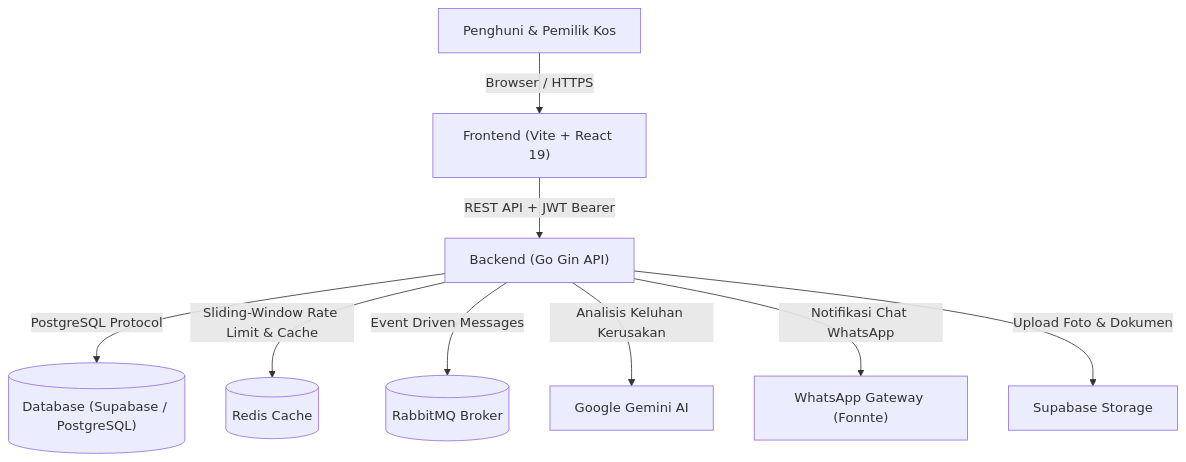
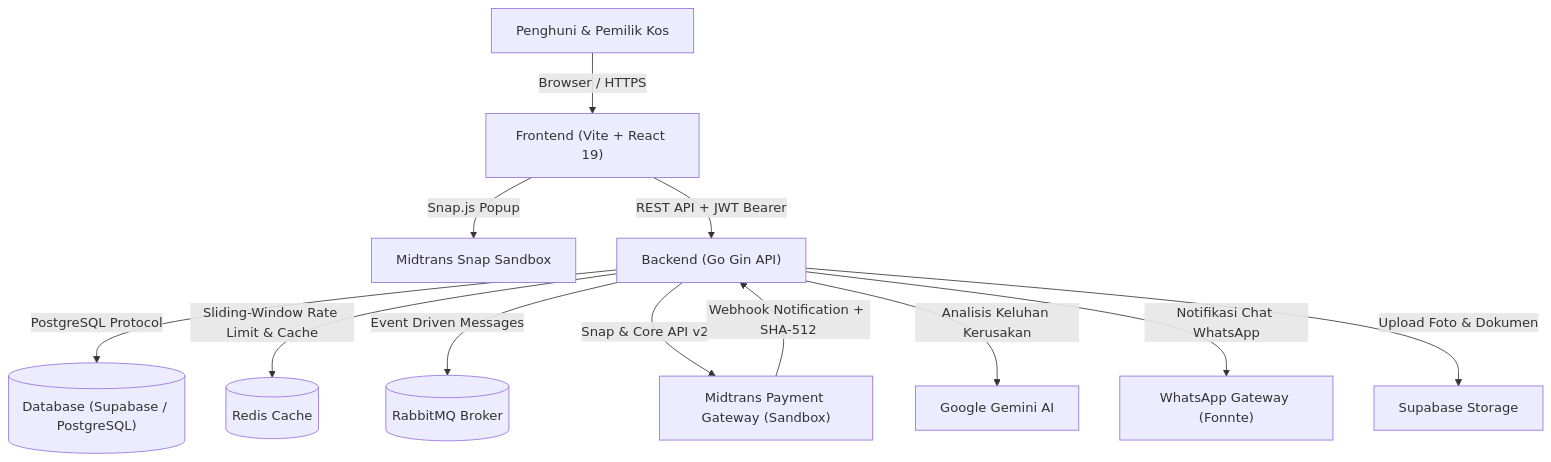
The diagram in README.md (Yosua13/lapor-kos), drawn with Mermaid before and after one commit. The commit also changed other lines of this file and 2 other files, not shown here.

Commit message:
docs(readme): document Midtrans Sandbox payment gateway integration and configuration

````diff
--- a/README.md
+++ b/README.md
@@ -32,11 +32,14 @@
 ```mermaid
 graph TD
     User["Penghuni & Pemilik Kos"] -->|Browser / HTTPS| FE["Frontend (Vite + React 19)"]
+    FE -->|Snap.js Popup| MidtransSnap["Midtrans Snap Sandbox"]
     FE -->|REST API + JWT Bearer| BE["Backend (Go Gin API)"]
     BE -->|PostgreSQL Protocol| DB[("Database (Supabase / PostgreSQL)")]
     BE -->|Sliding-Window Rate Limit & Cache| Redis[("Redis Cache")]
     BE -->|Event Driven Messages| MQ[("RabbitMQ Broker")]
+    BE -->|Snap & Core API v2| MidtransAPI["Midtrans Payment Gateway (Sandbox)"]
+    MidtransAPI -->|Webhook Notification + SHA-512| BE
     BE -->|Analisis Keluhan Kerusakan| Gemini["Google Gemini AI"]
     BE -->|Notifikasi Chat WhatsApp| Fonnte["WhatsApp Gateway (Fonnte)"]
     BE -->|Upload Foto & Dokumen| Storage["Supabase Storage"]
 ```
````
